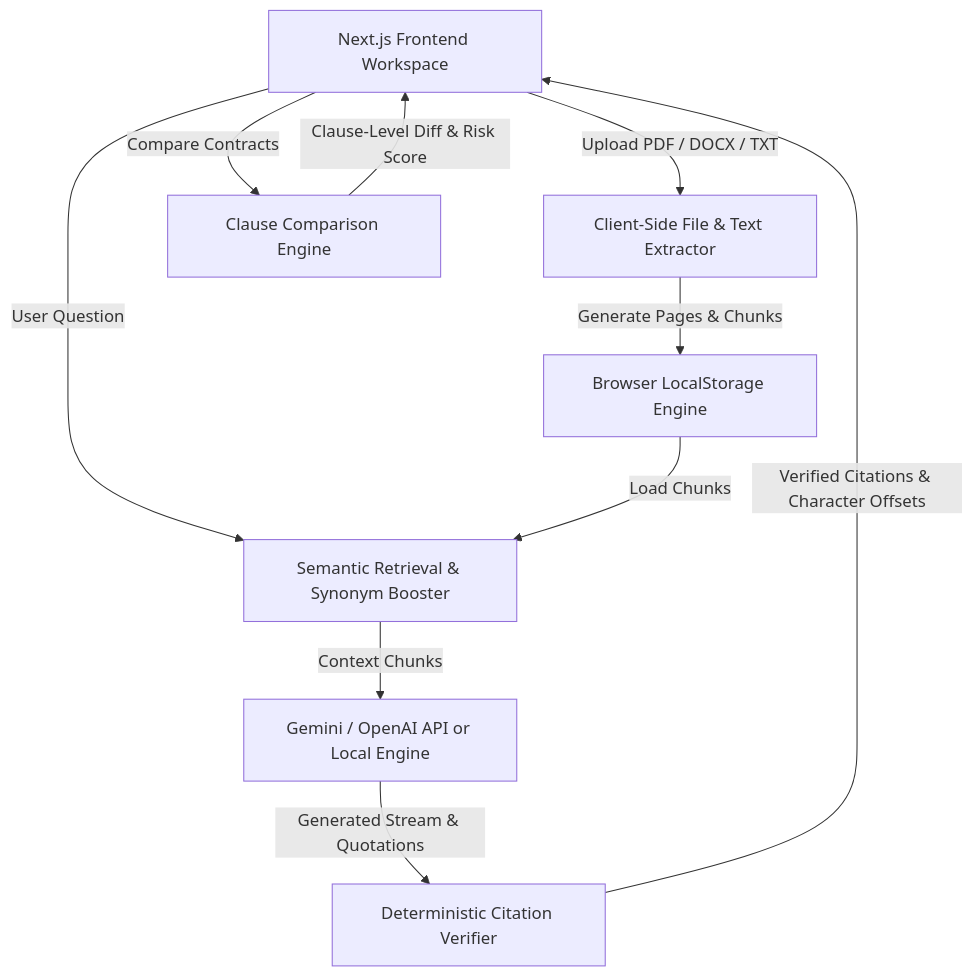
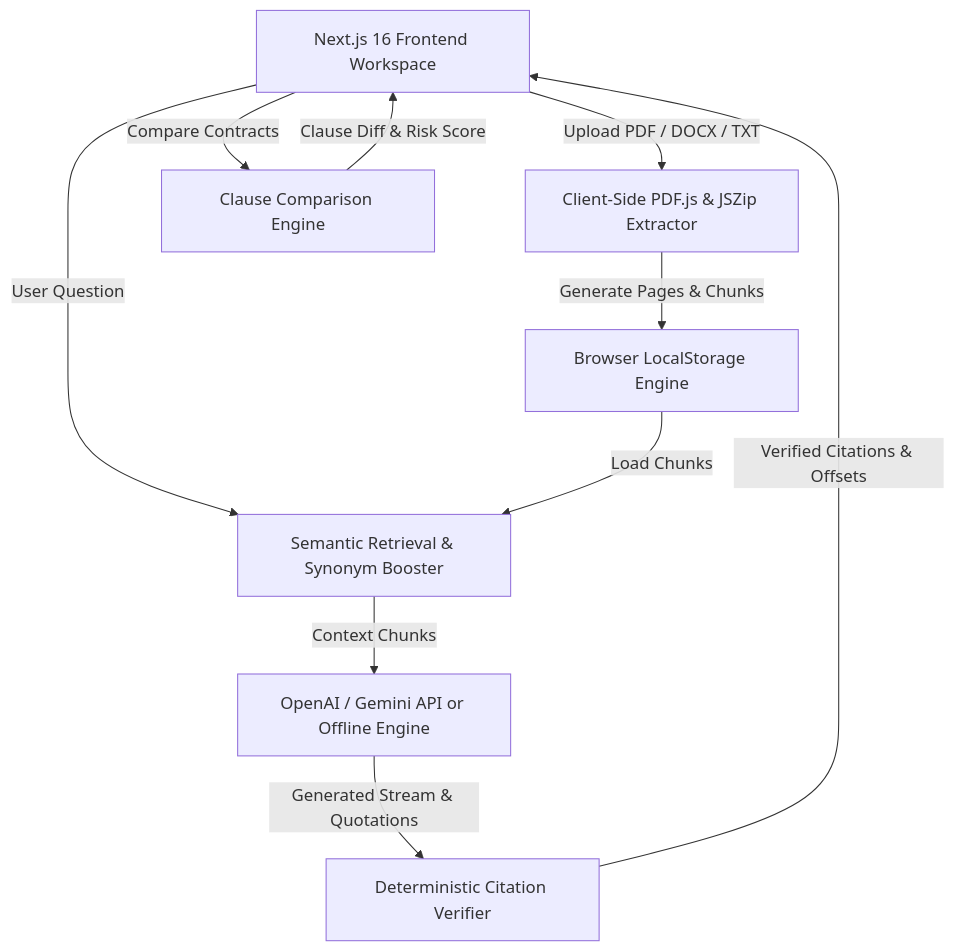
One commit to Dev2139/legal-contract-analyzer changed the diagram in README.md. Above: the diagram before and after it, drawn with Mermaid. The commit also changed other lines of this file, not shown here.

````diff
--- a/README.md
+++ b/README.md
@@ -115,20 +119,20 @@
 ```mermaid
 flowchart TD
-    UI[Next.js Frontend Workspace]
+    UI[Next.js 16 Frontend Workspace]
     STORE[Browser LocalStorage Engine]
-    DOC[Client-Side File & Text Extractor]
+    DOC[Client-Side PDF.js & JSZip Extractor]
     RET[Semantic Retrieval & Synonym Booster]
-    AI[Gemini / OpenAI API or Local Engine]
+    AI[OpenAI / Gemini API or Offline Engine]
     CIT[Deterministic Citation Verifier]
     CMP[Clause Comparison Engine]
 
     UI -->|Upload PDF / DOCX / TXT| DOC
     DOC -->|Generate Pages & Chunks| STORE
     UI -->|User Question| RET
     STORE -->|Load Chunks| RET
     RET -->|Context Chunks| AI
     AI -->|Generated Stream & Quotations| CIT
-    CIT -->|Verified Citations & Character Offsets| UI
+    CIT -->|Verified Citations & Offsets| UI
     UI -->|Compare Contracts| CMP
-    CMP -->|Clause-Level Diff & Risk Score| UI
+    CMP -->|Clause Diff & Risk Score| UI
 ```
````
